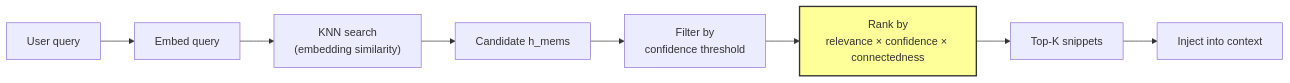
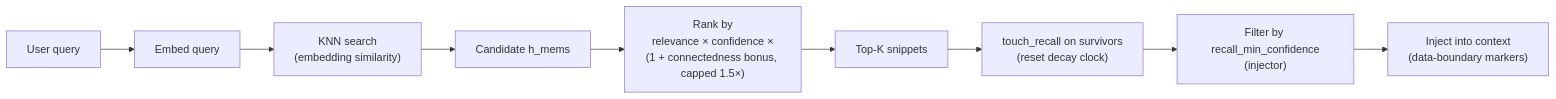
Before and after one commit to mdz-axo/zed-kask: the seventh of 9 diagrams in kask/docs/architecture/memory-system-and-therapy.md, drawn with Mermaid. The commit also changed other lines of this file and 34 other files, not shown here.

````diff
--- a/kask/docs/architecture/memory-system-and-therapy.md
+++ b/kask/docs/architecture/memory-system-and-therapy.md
@@ -315,12 +355,11 @@
 ```mermaid
 graph LR
     Query["User query"] --> Embed["Embed query"]
     Embed --> KNN["KNN search<br/>(embedding similarity)"]
     KNN --> Candidates["Candidate h_mems"]
-    Candidates --> Filter["Filter by<br/>confidence threshold"]
-    Filter --> Rank["Rank by<br/>relevance × confidence × connectedness"]
+    Candidates --> Rank["Rank by<br/>relevance × confidence ×<br/>(1 + connectedness bonus, capped 1.5×)"]
     Rank --> Top["Top-K snippets"]
-    Top --> Inject["Inject into context"]
-
-    style Rank fill:#ff9,stroke:#333,stroke-width:2px
+    Top --> Touch["touch_recall on survivors<br/>(reset decay clock)"]
+    Touch --> Filter["Filter by recall_min_confidence<br/>(injector)"]
+    Filter --> Inject["Inject into context<br/>(data-boundary markers)"]
 ```
````
